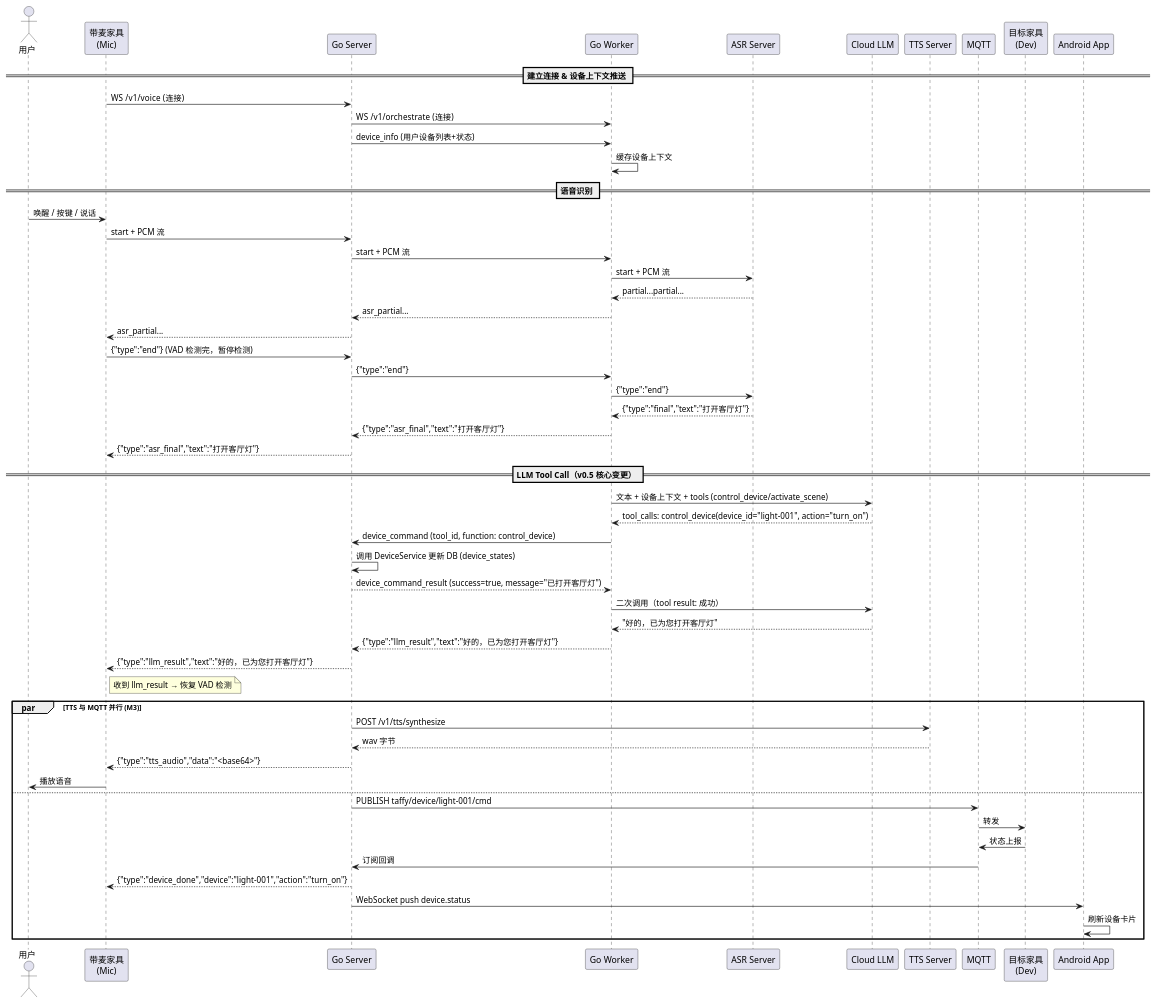
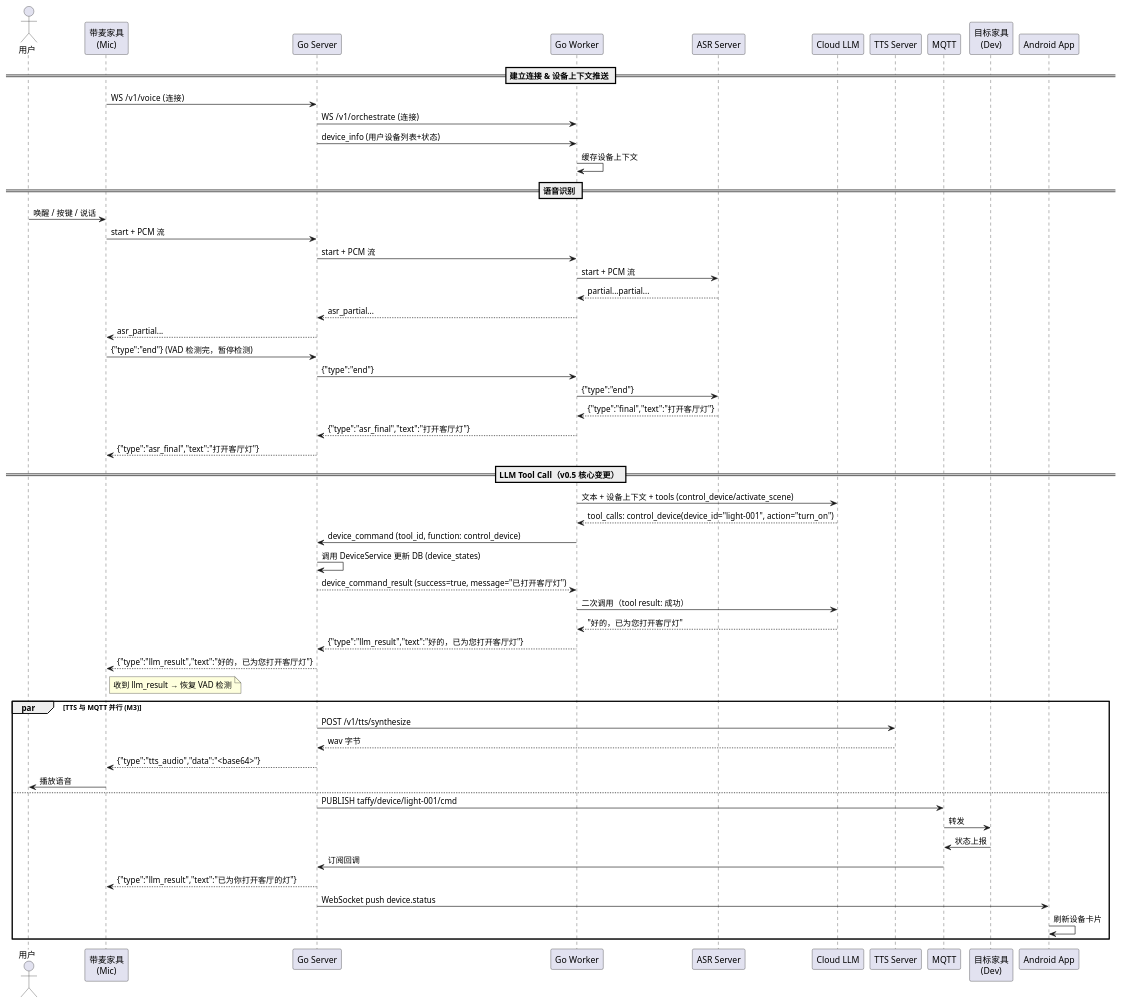
Before and after one commit to Yoruko666/Taffy-Assistant: the fifth of 6 diagrams in docs/03-软件设计文档.md, drawn with PlantUML. The commit also changed other lines of this file and 8 other files, not shown here.

````diff
--- a/docs/03-软件设计文档.md
+++ b/docs/03-软件设计文档.md
@@ -572,63 +575,63 @@
 ```plantuml
 @startuml
 actor 用户
 participant "带麦家具\n(Mic)"   as Mic
 participant "Go Server"         as Srv
 participant "Go Worker"         as Wkr
 participant "ASR Server"        as ASR
 participant "Cloud LLM"         as Cloud
 participant "TTS Server"        as TTS
 participant MQTT                as MQ
 participant "目标家具\n(Dev)"   as Dev
 participant "Android App"       as App
 
 == 建立连接 & 设备上下文推送 ==
 Mic  -> Srv : WS /v1/voice  (连接)
 Srv  -> Wkr : WS /v1/orchestrate  (连接)
 Srv  -> Wkr : device_info (用户设备列表+状态)
 Wkr  -> Wkr : 缓存设备上下文
 
 == 语音识别 ==
 用户 -> Mic : 唤醒 / 按键 / 说话
 Mic  -> Srv : start + PCM 流
 Srv  -> Wkr : start + PCM 流
 Wkr  -> ASR : start + PCM 流
 ASR --> Wkr : partial...partial...
 Wkr  --> Srv : asr_partial...
 Srv  --> Mic : asr_partial...
 
 Mic  -> Srv : {"type":"end"} (VAD 检测完，暂停检测)
 Srv  -> Wkr : {"type":"end"}
 Wkr  -> ASR : {"type":"end"}
 ASR --> Wkr : {"type":"final","text":"打开客厅灯"}
 Wkr  --> Srv : {"type":"asr_final","text":"打开客厅灯"}
 Srv  --> Mic : {"type":"asr_final","text":"打开客厅灯"}
 
 == LLM Tool Call（v0.5 核心变更） ==
 Wkr  -> Cloud : 文本 + 设备上下文 + tools (control_device/activate_scene)
 Cloud --> Wkr : tool_calls: control_device(device_id="light-001", action="turn_on")
 Wkr  -> Srv : device_command (tool_id, function: control_device)
 Srv  -> Srv : 调用 DeviceService 更新 DB (device_states)
 Srv  --> Wkr : device_command_result (success=true, message="已打开客厅灯")
 Wkr  -> Cloud : 二次调用（tool result: 成功）
 Cloud --> Wkr : "好的，已为您打开客厅灯"
 Wkr  --> Srv : {"type":"llm_result","text":"好的，已为您打开客厅灯"}
 Srv  --> Mic : {"type":"llm_result","text":"好的，已为您打开客厅灯"}
 note right of Mic : 收到 llm_result → 恢复 VAD 检测
 
 par TTS 与 MQTT 并行 (M3)
   Srv -> TTS : POST /v1/tts/synthesize
   TTS --> Srv : wav 字节
   Srv --> Mic : {"type":"tts_audio","data":"<base64>"}
   Mic -> 用户 : 播放语音
 else
   Srv -> MQ  : PUBLISH taffy/device/light-001/cmd
   MQ  -> Dev : 转发
   Dev -> MQ  : 状态上报
   MQ  -> Srv : 订阅回调
-  Srv --> Mic : {"type":"device_done","device":"light-001","action":"turn_on"}
+  Srv --> Mic : {"type":"llm_result","text":"已为你打开客厅的灯"}
   Srv -> App : WebSocket push device.status
   App -> App : 刷新设备卡片
 end
 @enduml
 ```
````
